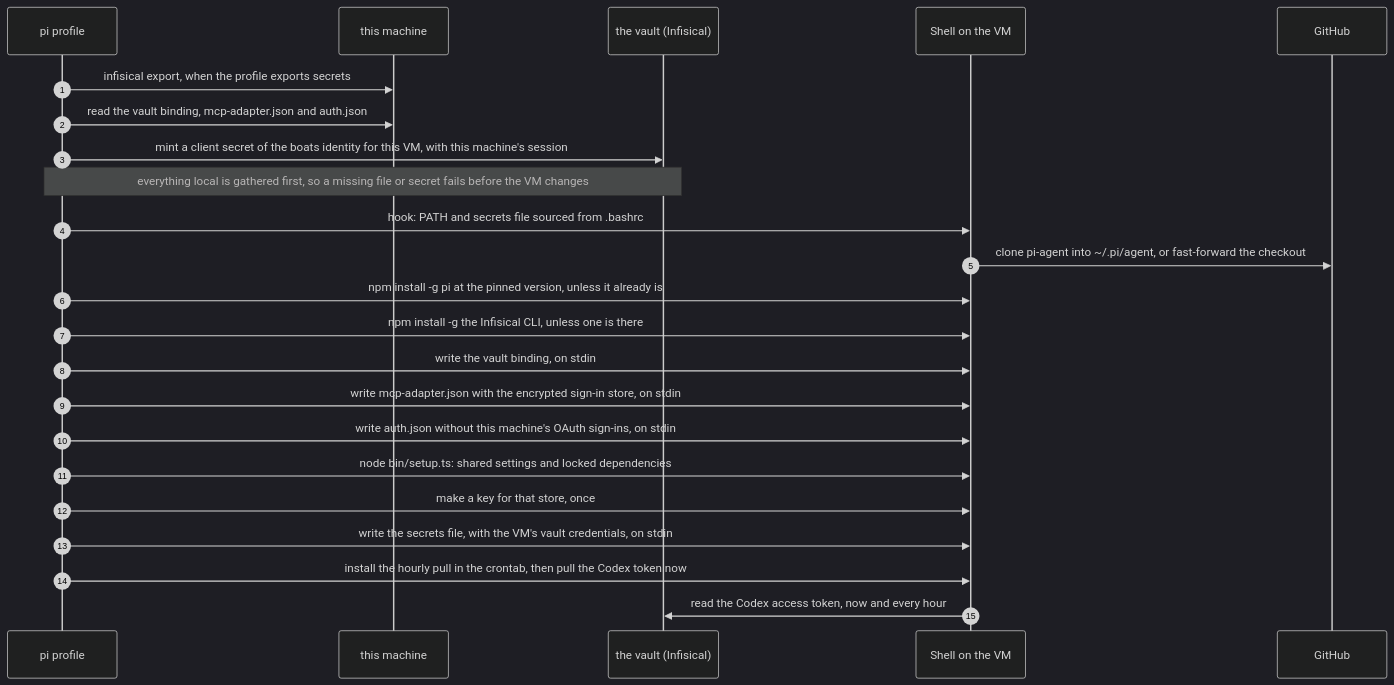
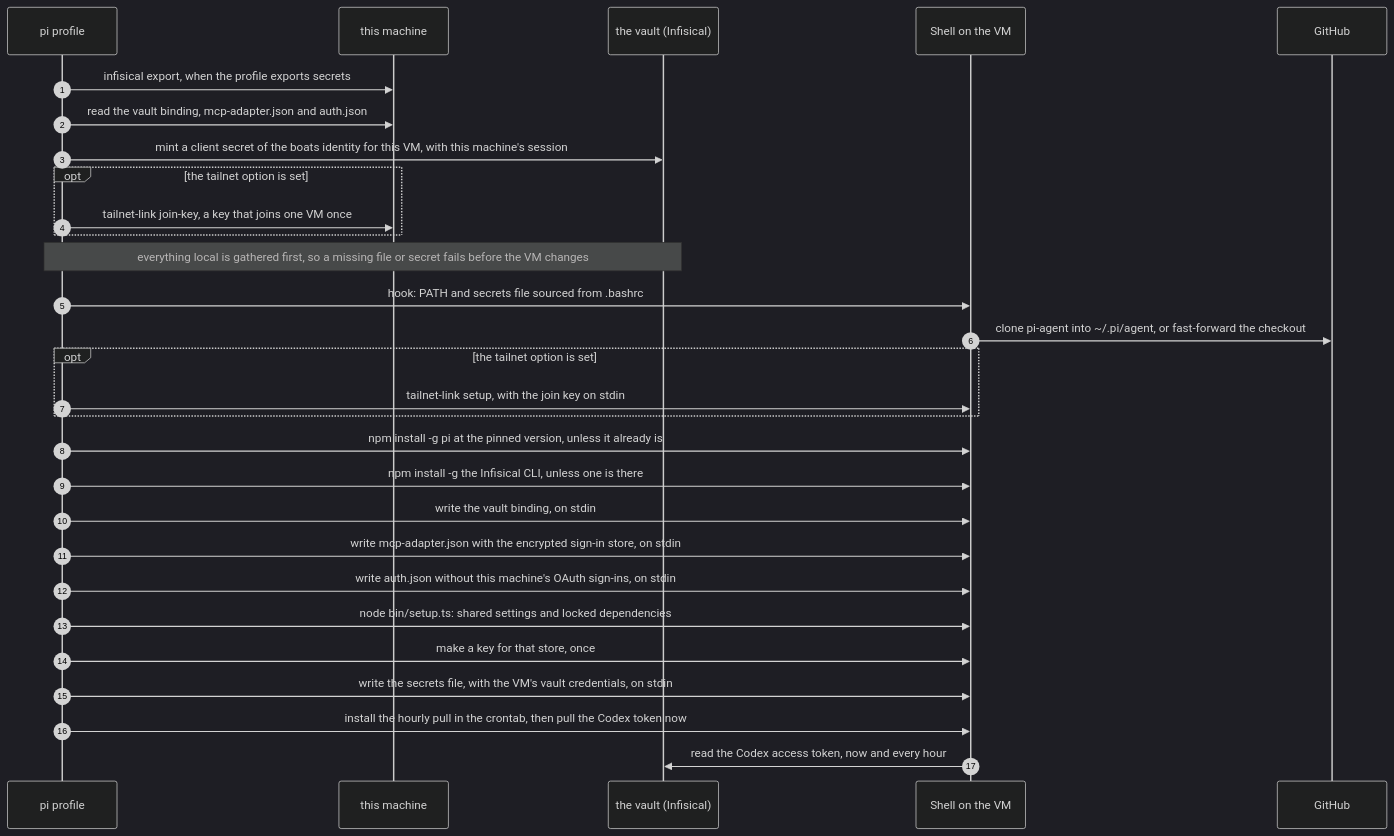
One commit to NextNodeSolutions/workspace changed the diagram in docs/profiles/pi.md. Above: the diagram before and after it, drawn with Mermaid (dark theme). The commit also changed other lines of this file and 6 other files, not shown here.

First line of the commit message:
feat(profile-agent): the pi profile can join the VM to the tailnet (#7)

````diff
--- a/docs/profiles/pi.md
+++ b/docs/profiles/pi.md
@@ -7,25 +7,31 @@
 ```mermaid
 sequenceDiagram
     autonumber
     participant P as pi profile
     participant M as this machine
     participant V as the vault (Infisical)
     participant S as Shell on the VM
     participant G as GitHub
     P->>M: infisical export, when the profile exports secrets
     P->>M: read the vault binding, mcp-adapter.json and auth.json
     P->>V: mint a client secret of the boats identity for this VM, with this machine's session
+    opt the tailnet option is set
+        P->>M: tailnet-link join-key, a key that joins one VM once
+    end
     Note over P,V: everything local is gathered first, so a missing file or secret fails before the VM changes
     P->>S: hook: PATH and secrets file sourced from .bashrc
     S->>G: clone pi-agent into ~/.pi/agent, or fast-forward the checkout
+    opt the tailnet option is set
+        P->>S: tailnet-link setup, with the join key on stdin
+    end
     P->>S: npm install -g pi at the pinned version, unless it already is
     P->>S: npm install -g the Infisical CLI, unless one is there
     P->>S: write the vault binding, on stdin
     P->>S: write mcp-adapter.json with the encrypted sign-in store, on stdin
     P->>S: write auth.json without this machine's OAuth sign-ins, on stdin
     P->>S: node bin/setup.ts: shared settings and locked dependencies
     P->>S: make a key for that store, once
     P->>S: write the secrets file, with the VM's vault credentials, on stdin
     P->>S: install the hourly pull in the crontab, then pull the Codex token now
     S->>V: read the Codex access token, now and every hour
 ```
````
